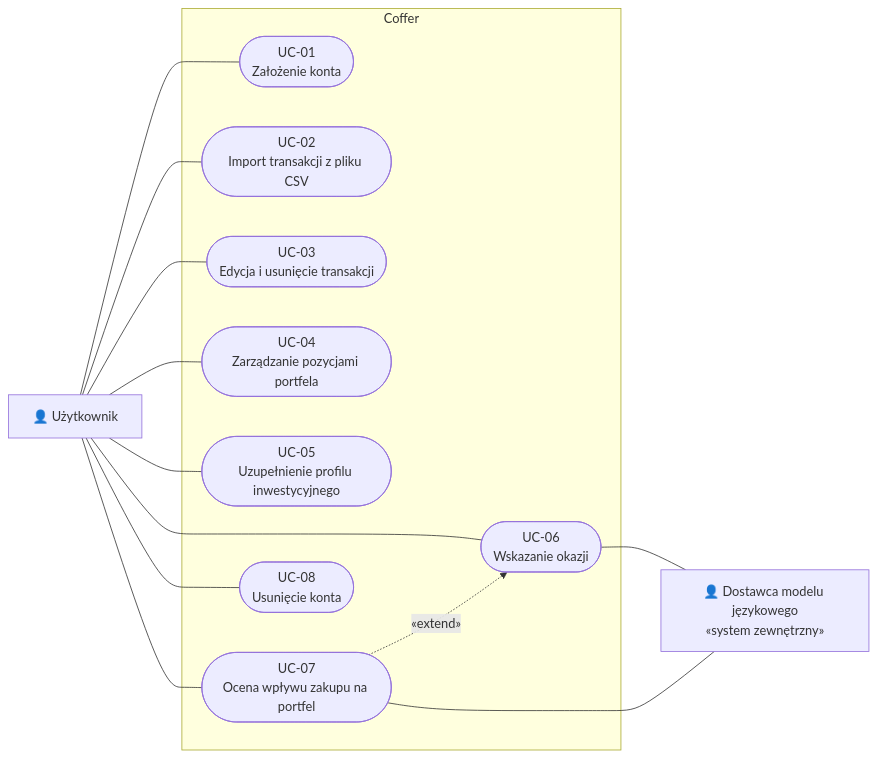
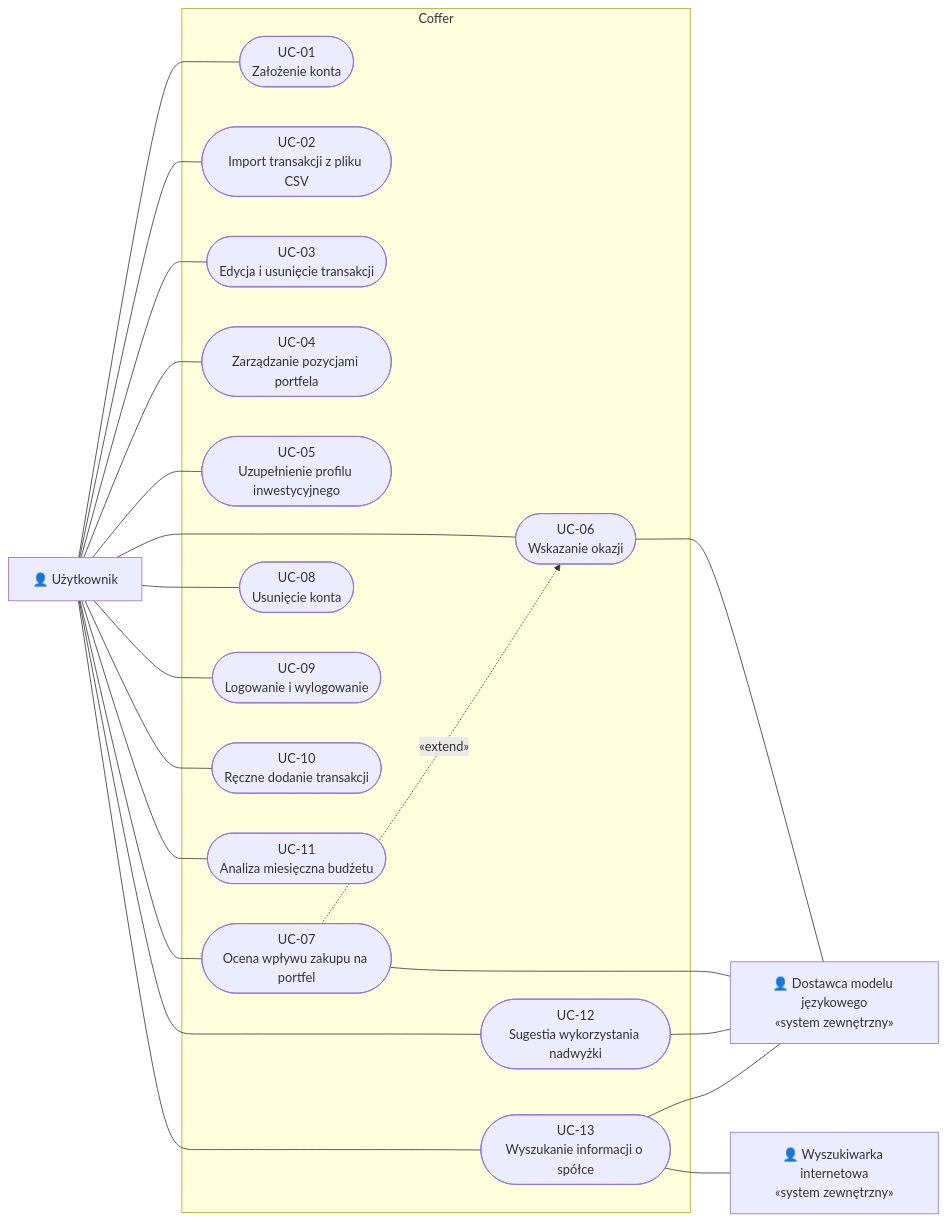
One commit to krzysztof-wojtowicz/coffer-demo changed the diagram in docs/use-cases/README.md. Above: the diagram before and after it, drawn with Mermaid. The commit also changed other lines of this file and 209 other files, not shown here.

````diff
--- a/docs/use-cases/README.md
+++ b/docs/use-cases/README.md
@@ -10,30 +10,44 @@
 ```mermaid
 flowchart LR
     Uzytkownik["👤 Użytkownik"]
     LLM["👤 Dostawca modelu językowego<br/>«system zewnętrzny»"]
+    Search["👤 Wyszukiwarka internetowa<br/>«system zewnętrzny»"]
 
     subgraph System["Coffer"]
         UC01(["UC-01<br/>Założenie konta"])
         UC02(["UC-02<br/>Import transakcji z pliku CSV"])
         UC03(["UC-03<br/>Edycja i usunięcie transakcji"])
         UC04(["UC-04<br/>Zarządzanie pozycjami portfela"])
         UC05(["UC-05<br/>Uzupełnienie profilu inwestycyjnego"])
         UC06(["UC-06<br/>Wskazanie okazji"])
         UC07(["UC-07<br/>Ocena wpływu zakupu na portfel"])
         UC08(["UC-08<br/>Usunięcie konta"])
+        UC09(["UC-09<br/>Logowanie i wylogowanie"])
+        UC10(["UC-10<br/>Ręczne dodanie transakcji"])
+        UC11(["UC-11<br/>Analiza miesięczna budżetu"])
+        UC12(["UC-12<br/>Sugestia wykorzystania nadwyżki"])
+        UC13(["UC-13<br/>Wyszukanie informacji o spółce"])
     end
 
     Uzytkownik --- UC01
     Uzytkownik --- UC02
     Uzytkownik --- UC03
     Uzytkownik --- UC04
     Uzytkownik --- UC05
     Uzytkownik --- UC06
     Uzytkownik --- UC07
     Uzytkownik --- UC08
+    Uzytkownik --- UC09
+    Uzytkownik --- UC10
+    Uzytkownik --- UC11
+    Uzytkownik --- UC12
+    Uzytkownik --- UC13
 
     UC07 -.->|«extend»| UC06
 
     UC06 --- LLM
     UC07 --- LLM
+    UC12 --- LLM
+    UC13 --- LLM
+    UC13 --- Search
 ```
````
